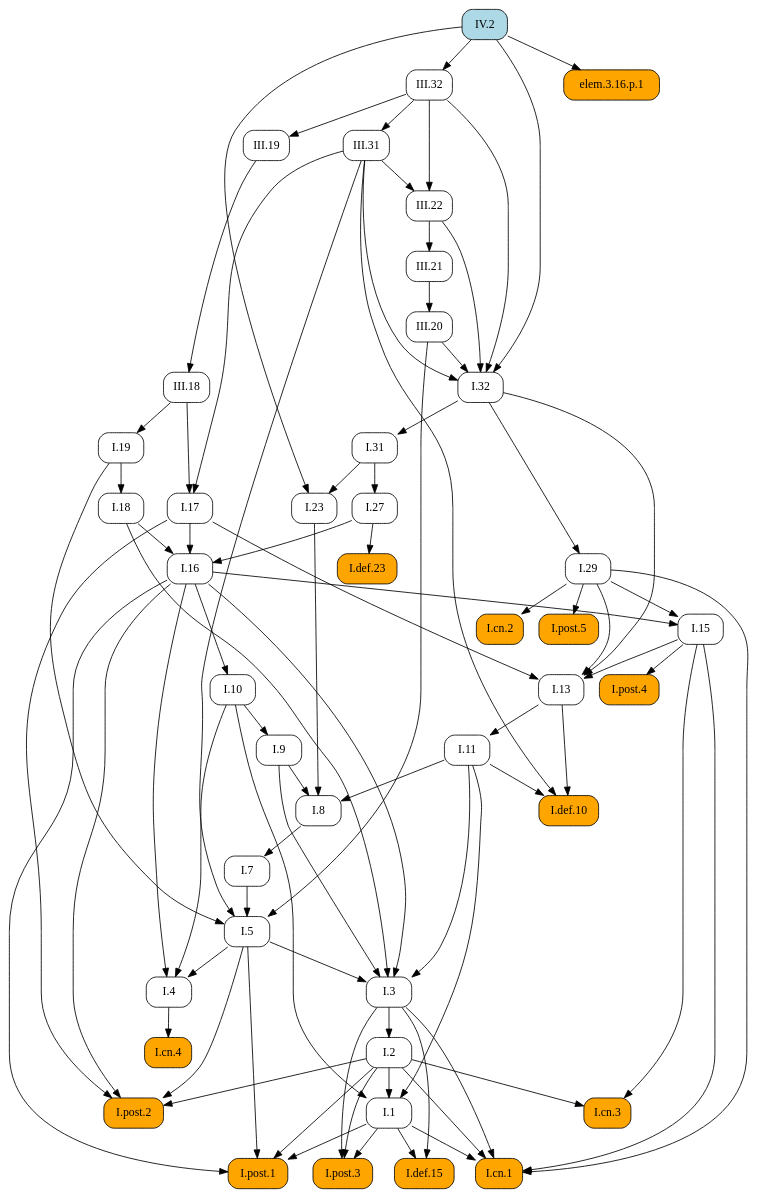
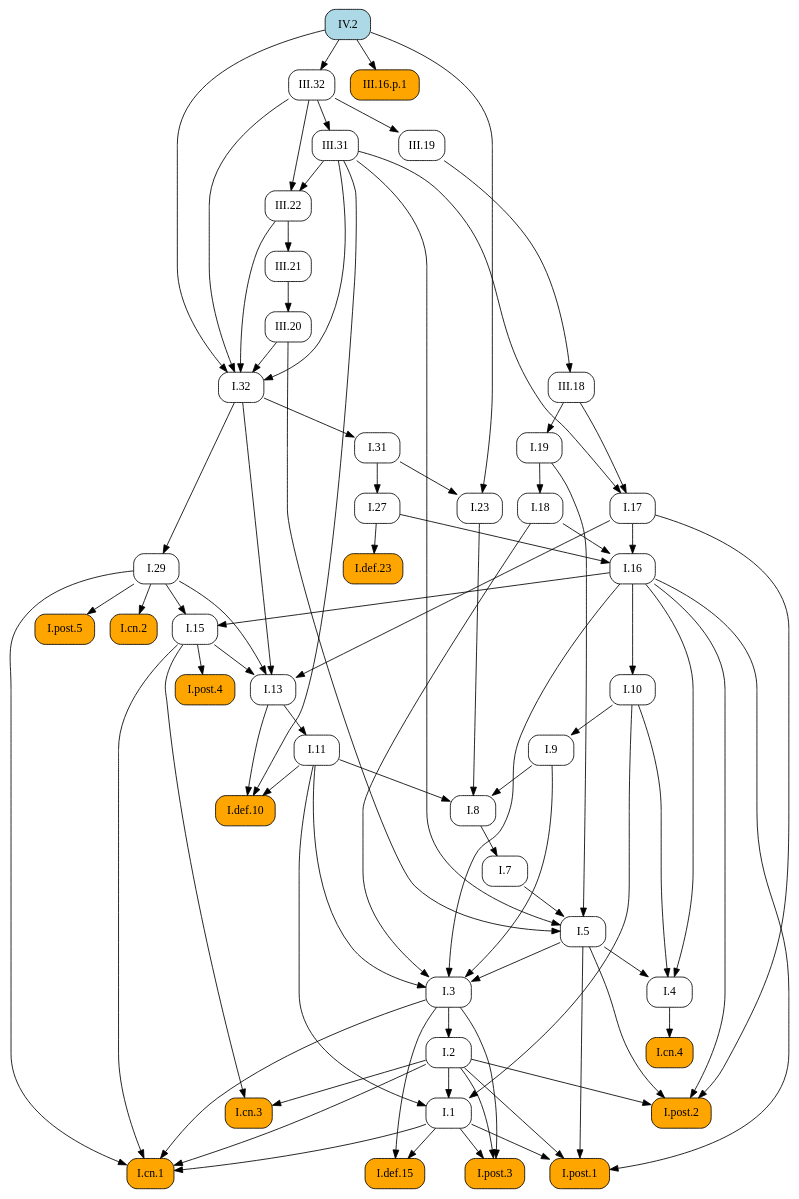
One commit to geometor/elements changed the diagram in docsrc/heath/IV/2/index.rst. Above: the diagram before and after it, drawn with Graphviz. The commit also changed other lines of this file and 484 other files, not shown here.

```diff
--- a/docsrc/heath/IV/2/index.rst
+++ b/docsrc/heath/IV/2/index.rst
@@ -45,129 +45,129 @@
    digraph {
      rankdir="TB";
      node [shape=box, style=rounded];
-     "I.def.10" [style="rounded,filled", fillcolor=orange, URL="/heath/I/def.10/", target="_top"];
-     "I.11" [URL="/heath/I/11/", target="_top"];
-     "I.post.4" [style="rounded,filled", fillcolor=orange, URL="/heath/I/post.4/", target="_top"];
-     "I.1" [URL="/heath/I/1/", target="_top"];
-     "III.32" [URL="/heath/III/32/", target="_top"];
-     "I.29" [URL="/heath/I/29/", target="_top"];
-     "III.20" [URL="/heath/III/20/", target="_top"];
-     "IV.2" [style="rounded,filled", fillcolor=lightblue, URL="/heath/IV/2/", target="_top"];
-     "I.cn.2" [style="rounded,filled", fillcolor=orange, URL="/heath/I/cn.2/", target="_top"];
-     "III.19" [URL="/heath/III/19/", target="_top"];
-     "III.31" [URL="/heath/III/31/", target="_top"];
-     "I.18" [URL="/heath/I/18/", target="_top"];
+     "I.23" [URL="/heath/I/23/", target="_top"];
+     "I.9" [URL="/heath/I/9/", target="_top"];
+     "I.32" [URL="/heath/I/32/", target="_top"];
+     "III.16.p.1" [style="rounded,filled", fillcolor=orange];
      "I.def.15" [style="rounded,filled", fillcolor=orange, URL="/heath/I/def.15/", target="_top"];
      "I.post.3" [style="rounded,filled", fillcolor=orange, URL="/heath/I/post.3/", target="_top"];
+     "I.post.1" [style="rounded,filled", fillcolor=orange, URL="/heath/I/post.1/", target="_top"];
+     "I.19" [URL="/heath/I/19/", target="_top"];
+     "III.20" [URL="/heath/III/20/", target="_top"];
+     "III.19" [URL="/heath/III/19/", target="_top"];
+     "I.31" [URL="/heath/I/31/", target="_top"];
+     "III.22" [URL="/heath/III/22/", target="_top"];
+     "I.def.10" [style="rounded,filled", fillcolor=orange, URL="/heath/I/def.10/", target="_top"];
+     "I.18" [URL="/heath/I/18/", target="_top"];
+     "I.27" [URL="/heath/I/27/", target="_top"];
+     "I.3" [URL="/heath/I/3/", target="_top"];
      "I.cn.1" [style="rounded,filled", fillcolor=orange, URL="/heath/I/cn.1/", target="_top"];
+     "III.18" [URL="/heath/III/18/", target="_top"];
+     "I.7" [URL="/heath/I/7/", target="_top"];
+     "III.32" [URL="/heath/III/32/", target="_top"];
+     "I.2" [URL="/heath/I/2/", target="_top"];
+     "I.13" [URL="/heath/I/13/", target="_top"];
+     "I.post.4" [style="rounded,filled", fillcolor=orange, URL="/heath/I/post.4/", target="_top"];
+     "I.4" [URL="/heath/I/4/", target="_top"];
+     "I.1" [URL="/heath/I/1/", target="_top"];
+     "I.5" [URL="/heath/I/5/", target="_top"];
+     "I.8" [URL="/heath/I/8/", target="_top"];
+     "I.17" [URL="/heath/I/17/", target="_top"];
+     "I.29" [URL="/heath/I/29/", target="_top"];
      "I.cn.3" [style="rounded,filled", fillcolor=orange, URL="/heath/I/cn.3/", target="_top"];
-     "I.23" [URL="/heath/I/23/", target="_top"];
-     "elem.3.16.p.1" [style="rounded,filled", fillcolor=orange];
-     "I.post.1" [style="rounded,filled", fillcolor=orange, URL="/heath/I/post.1/", target="_top"];
-     "I.27" [URL="/heath/I/27/", target="_top"];
-     "I.7" [URL="/heath/I/7/", target="_top"];
-     "I.3" [URL="/heath/I/3/", target="_top"];
-     "I.2" [URL="/heath/I/2/", target="_top"];
+     "I.16" [URL="/heath/I/16/", target="_top"];
+     "III.31" [URL="/heath/III/31/", target="_top"];
+     "I.15" [URL="/heath/I/15/", target="_top"];
+     "I.10" [URL="/heath/I/10/", target="_top"];
+     "I.11" [URL="/heath/I/11/", target="_top"];
      "I.def.23" [style="rounded,filled", fillcolor=orange, URL="/heath/I/def.23/", target="_top"];
-     "I.4" [URL="/heath/I/4/", target="_top"];
-     "I.13" [URL="/heath/I/13/", target="_top"];
-     "I.17" [URL="/heath/I/17/", target="_top"];
-     "I.31" [URL="/heath/I/31/", target="_top"];
+     "I.cn.2" [style="rounded,filled", fillcolor=orange, URL="/heath/I/cn.2/", target="_top"];
+     "IV.2" [style="rounded,filled", fillcolor=lightblue, URL="/heath/IV/2/", target="_top"];
+     "I.post.5" [style="rounded,filled", fillcolor=orange, URL="/heath/I/post.5/", target="_top"];
+     "III.21" [URL="/heath/III/21/", target="_top"];
+     "I.cn.4" [style="rounded,filled", fillcolor=orange, URL="/heath/I/cn.4/", target="_top"];
      "I.post.2" [style="rounded,filled", fillcolor=orange, URL="/heath/I/post.2/", target="_top"];
-     "I.16" [URL="/heath/I/16/", target="_top"];
-     "I.19" [URL="/heath/I/19/", target="_top"];
-     "I.9" [URL="/heath/I/9/", target="_top"];
-     "I.8" [URL="/heath/I/8/", target="_top"];
-     "I.32" [URL="/heath/I/32/", target="_top"];
-     "I.cn.4" [style="rounded,filled", fillcolor=orange, URL="/heath/I/cn.4/", target="_top"];
-     "I.15" [URL="/heath/I/15/", target="_top"];
-     "III.21" [URL="/heath/III/21/", target="_top"];
-     "III.22" [URL="/heath/III/22/", target="_top"];
-     "I.post.5" [style="rounded,filled", fillcolor=orange, URL="/heath/I/post.5/", target="_top"];
-     "I.10" [URL="/heath/I/10/", target="_top"];
-     "III.18" [URL="/heath/III/18/", target="_top"];
-     "I.5" [URL="/heath/I/5/", target="_top"];
-     "I.11" -> "I.def.10";
-     "I.13" -> "I.def.10";
-     "III.31" -> "I.def.10";
-     "I.13" -> "I.11";
-     "I.15" -> "I.post.4";
-     "I.2" -> "I.1";
-     "I.10" -> "I.1";
-     "I.11" -> "I.1";
-     "IV.2" -> "III.32";
-     "I.32" -> "I.29";
-     "III.21" -> "III.20";
-     "I.29" -> "I.cn.2";
-     "III.32" -> "III.19";
-     "III.32" -> "III.31";
-     "I.19" -> "I.18";
+     "I.31" -> "I.23";
+     "IV.2" -> "I.23";
+     "I.10" -> "I.9";
+     "III.20" -> "I.32";
+     "III.22" -> "I.32";
+     "III.31" -> "I.32";
+     "III.32" -> "I.32";
+     "IV.2" -> "I.32";
+     "IV.2" -> "III.16.p.1";
      "I.1" -> "I.def.15";
      "I.3" -> "I.def.15";
      "I.1" -> "I.post.3";
      "I.2" -> "I.post.3";
      "I.3" -> "I.post.3";
+     "I.1" -> "I.post.1";
+     "I.2" -> "I.post.1";
+     "I.5" -> "I.post.1";
+     "I.16" -> "I.post.1";
+     "III.18" -> "I.19";
+     "III.21" -> "III.20";
+     "III.32" -> "III.19";
+     "I.32" -> "I.31";
+     "III.31" -> "III.22";
+     "III.32" -> "III.22";
+     "I.11" -> "I.def.10";
+     "I.13" -> "I.def.10";
+     "III.31" -> "I.def.10";
+     "I.19" -> "I.18";
+     "I.31" -> "I.27";
+     "I.5" -> "I.3";
+     "I.9" -> "I.3";
+     "I.11" -> "I.3";
+     "I.16" -> "I.3";
+     "I.18" -> "I.3";
      "I.1" -> "I.cn.1";
      "I.2" -> "I.cn.1";
      "I.3" -> "I.cn.1";
      "I.15" -> "I.cn.1";
      "I.29" -> "I.cn.1";
-     "I.2" -> "I.cn.3";
-     "I.15" -> "I.cn.3";
-     "I.31" -> "I.23";
-     "IV.2" -> "I.23";
-     "IV.2" -> "elem.3.16.p.1";
-     "I.1" -> "I.post.1";
-     "I.2" -> "I.post.1";
-     "I.5" -> "I.post.1";
-     "I.16" -> "I.post.1";
-     "I.31" -> "I.27";
+     "III.19" -> "III.18";
      "I.8" -> "I.7";
-     "I.5" -> "I.3";
-     "I.9" -> "I.3";
-     "I.11" -> "I.3";
-     "I.16" -> "I.3";
-     "I.18" -> "I.3";
+     "IV.2" -> "III.32";
      "I.3" -> "I.2";
-     "I.27" -> "I.def.23";
-     "I.5" -> "I.4";
-     "I.10" -> "I.4";
-     "I.16" -> "I.4";
      "I.15" -> "I.13";
      "I.17" -> "I.13";
      "I.29" -> "I.13";
      "I.32" -> "I.13";
+     "I.15" -> "I.post.4";
+     "I.5" -> "I.4";
+     "I.10" -> "I.4";
+     "I.16" -> "I.4";
+     "I.2" -> "I.1";
+     "I.10" -> "I.1";
+     "I.11" -> "I.1";
+     "I.7" -> "I.5";
+     "I.19" -> "I.5";
+     "III.20" -> "I.5";
+     "III.31" -> "I.5";
+     "I.9" -> "I.8";
+     "I.11" -> "I.8";
+     "I.23" -> "I.8";
      "III.18" -> "I.17";
      "III.31" -> "I.17";
-     "I.32" -> "I.31";
+     "I.32" -> "I.29";
+     "I.2" -> "I.cn.3";
+     "I.15" -> "I.cn.3";
+     "I.17" -> "I.16";
+     "I.18" -> "I.16";
+     "I.27" -> "I.16";
+     "III.32" -> "III.31";
+     "I.16" -> "I.15";
+     "I.29" -> "I.15";
+     "I.16" -> "I.10";
+     "I.13" -> "I.11";
+     "I.27" -> "I.def.23";
+     "I.29" -> "I.cn.2";
+     "I.29" -> "I.post.5";
+     "III.22" -> "III.21";
+     "I.4" -> "I.cn.4";
      "I.2" -> "I.post.2";
      "I.5" -> "I.post.2";
      "I.16" -> "I.post.2";
      "I.17" -> "I.post.2";
-     "I.17" -> "I.16";
-     "I.18" -> "I.16";
-     "I.27" -> "I.16";
-     "III.18" -> "I.19";
-     "I.10" -> "I.9";
-     "I.9" -> "I.8";
-     "I.11" -> "I.8";
-     "I.23" -> "I.8";
-     "III.20" -> "I.32";
-     "III.22" -> "I.32";
-     "III.31" -> "I.32";
-     "III.32" -> "I.32";
-     "IV.2" -> "I.32";
-     "I.4" -> "I.cn.4";
-     "I.16" -> "I.15";
-     "I.29" -> "I.15";
-     "III.22" -> "III.21";
-     "III.31" -> "III.22";
-     "III.32" -> "III.22";
-     "I.29" -> "I.post.5";
-     "I.16" -> "I.10";
-     "III.19" -> "III.18";
-     "I.7" -> "I.5";
-     "I.19" -> "I.5";
-     "III.20" -> "I.5";
-     "III.31" -> "I.5";
    }
```
